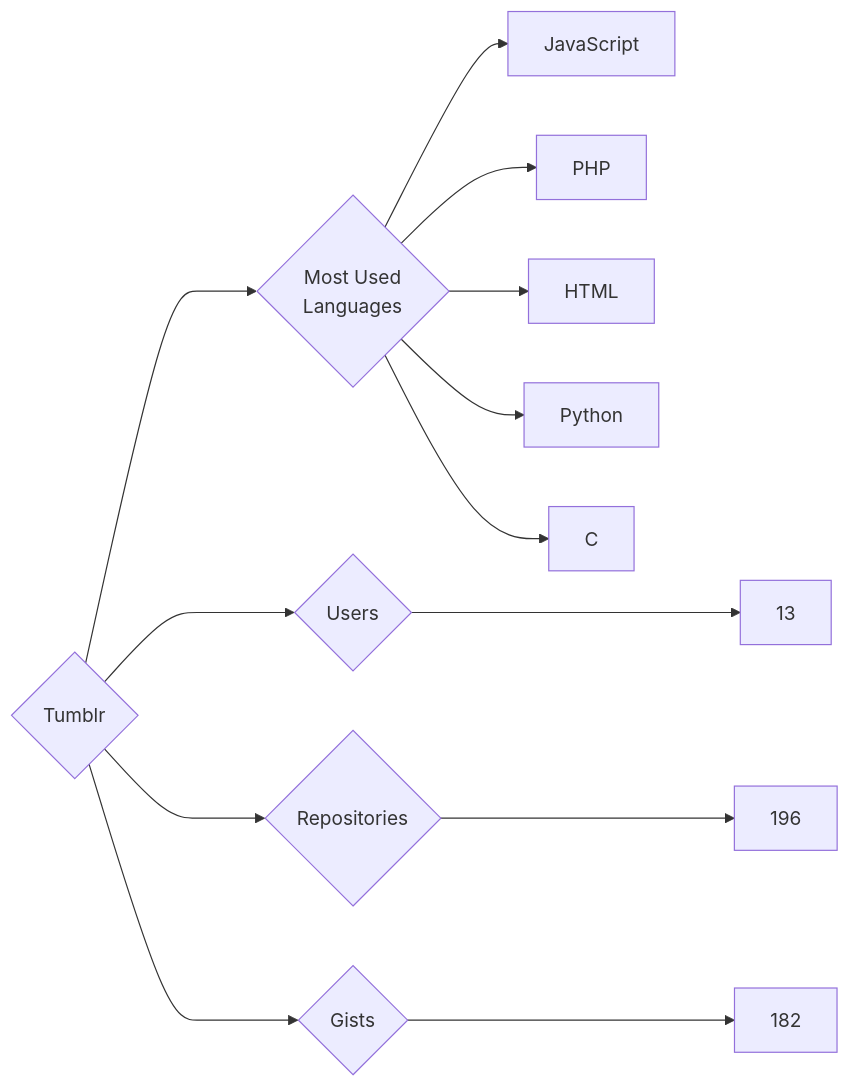
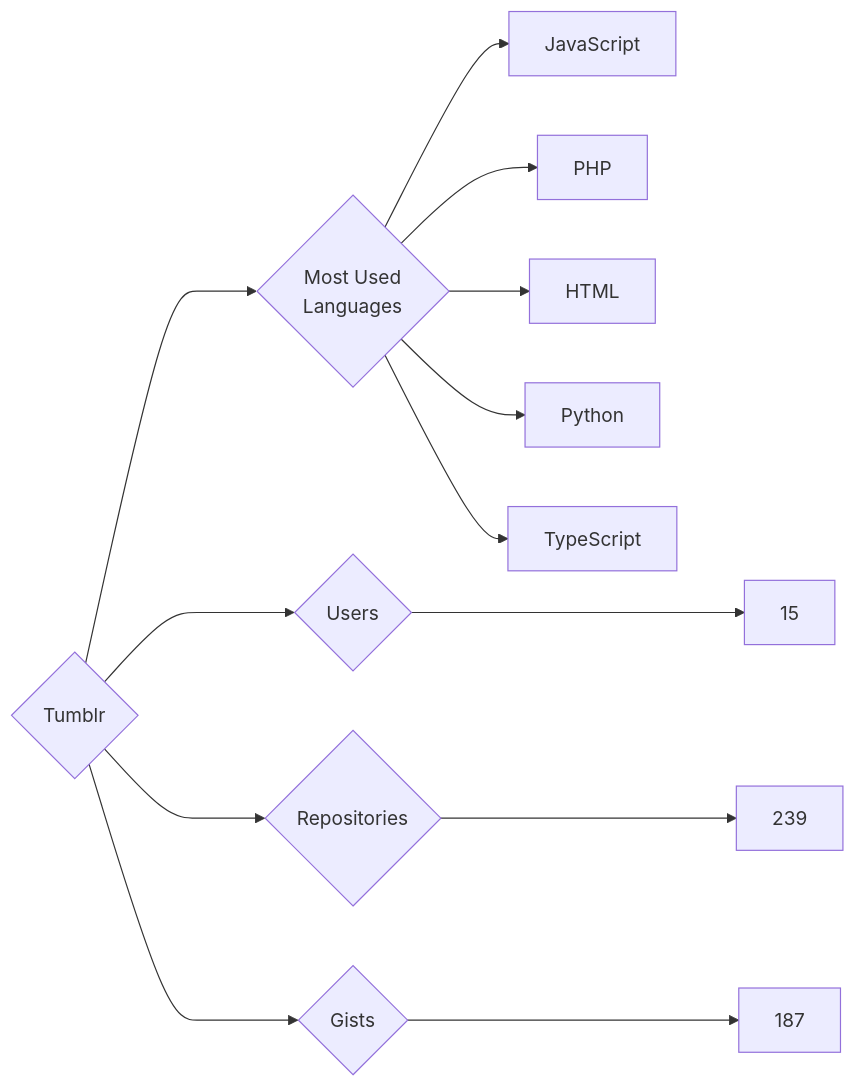
One commit to trickest/insiders changed the diagram in targets/Tumblr/README.md. Above: the diagram before and after it, drawn with Mermaid. The commit also changed 1508 other files, not shown here.

````diff
--- a/targets/Tumblr/README.md
+++ b/targets/Tumblr/README.md
@@ -3,13 +3,13 @@
 ```mermaid
 graph LR
 COMPANY_NAME{Tumblr}
-COMPANY_NAME ---> U{Users} ---> UN[13]
-COMPANY_NAME ---> R{Repositories} ---> RN[196]
-COMPANY_NAME ---> G{Gists} ---> GN[182]
+COMPANY_NAME ---> U{Users} ---> UN[15]
+COMPANY_NAME ---> R{Repositories} ---> RN[239]
+COMPANY_NAME ---> G{Gists} ---> GN[187]
 COMPANY_NAME ---> ML{Most Used<br>Languages}
 ML --> JavaScript[JavaScript]
 ML --> PHP[PHP]
 ML --> HTML[HTML]
 ML --> Python[Python]
-ML --> C[C]
+ML --> TypeScript[TypeScript]
 ```
````
